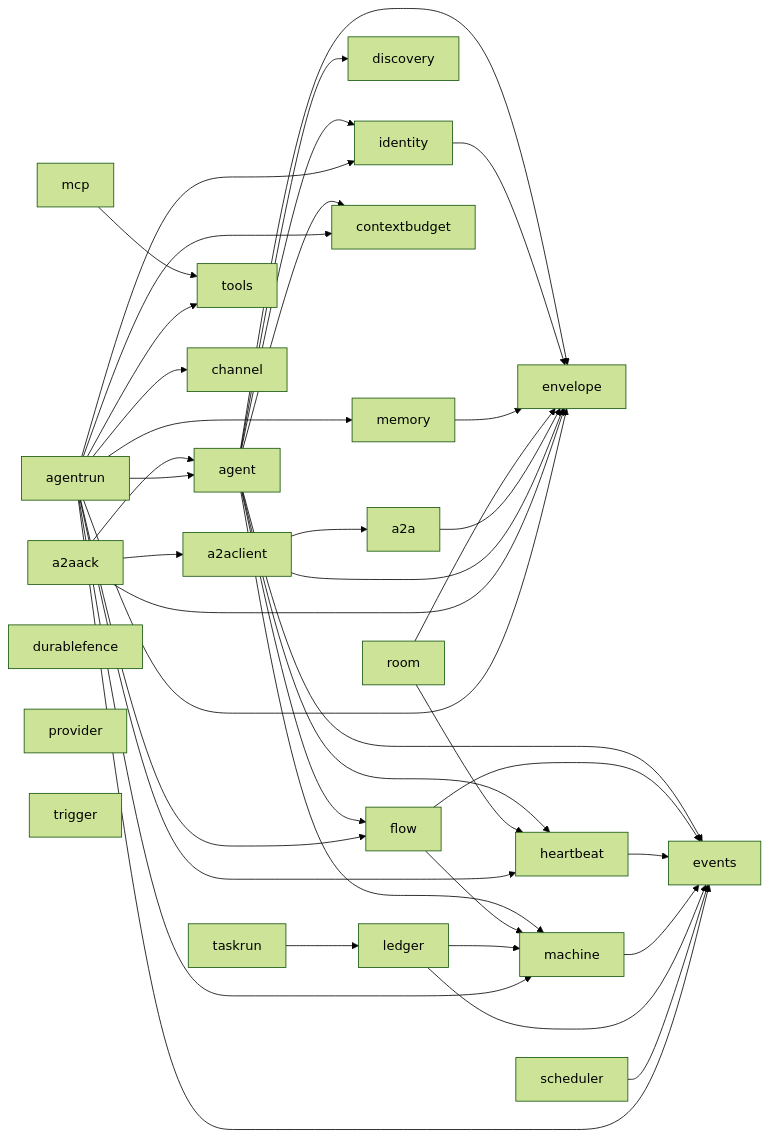
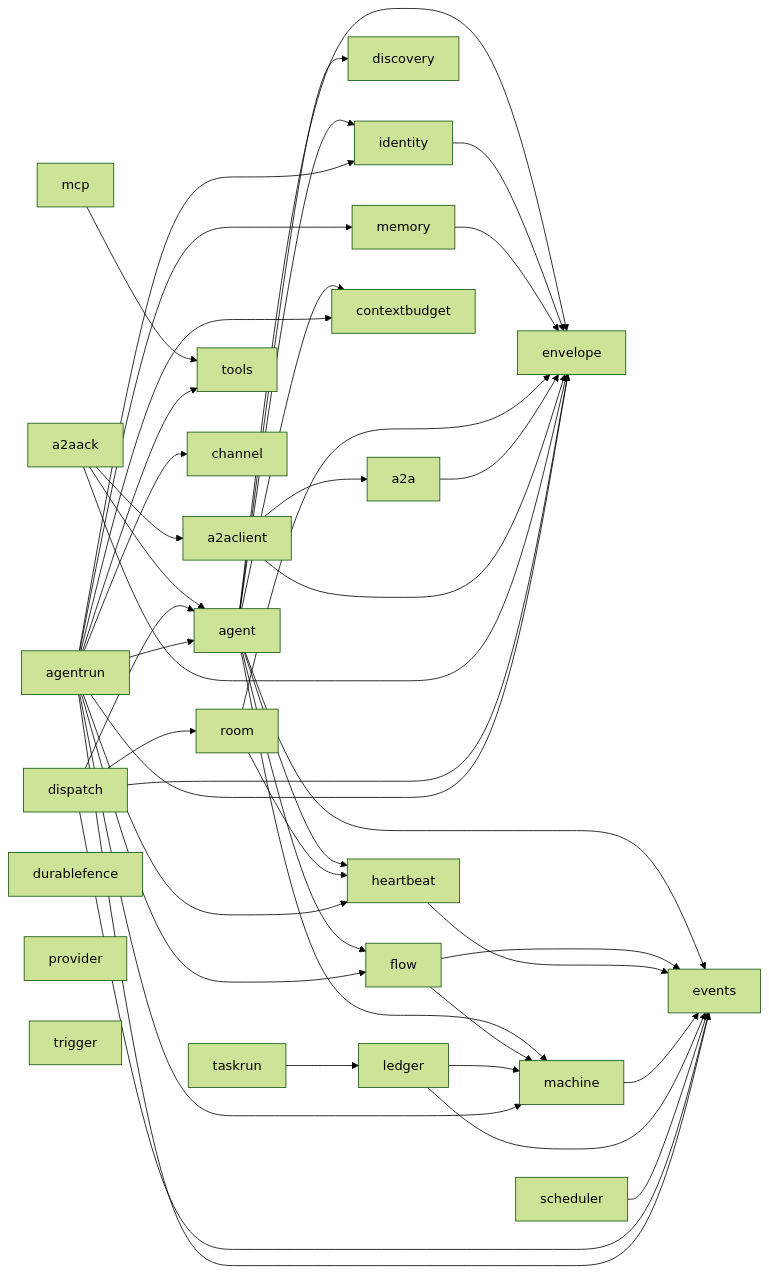
The first of 2 diagrams in docs/architecture.md (MiviaLabs/mivia-ai-sdk), drawn with Mermaid (forest theme) before and after one commit. The commit also changed other lines of this file and 21 other files, not shown here.

First line of the commit message:
feat(dispatch): add the NDJSON envelope endpoint and client

````diff
--- a/docs/architecture.md
+++ b/docs/architecture.md
@@ -27,49 +27,53 @@
 ```mermaid
 flowchart LR
     agent --> identity
     agent --> discovery
     agent --> flow
     agent --> envelope
     agent --> events
     agent --> machine
     agent --> heartbeat
     agent --> contextbudget
     flow --> events
     flow --> machine
     heartbeat --> events
     identity --> envelope
     machine --> events
     ledger --> machine
     ledger --> events
     memory --> envelope
     room --> envelope
     room --> heartbeat
     a2a --> envelope
     a2aclient --> a2a
     a2aclient --> envelope
     mcp --> tools
     scheduler --> events
     a2aack --> a2aclient
     a2aack --> agent
     a2aack --> envelope
+    dispatch --> agent
+    dispatch --> envelope
+    dispatch --> events
+    dispatch --> room
     agentrun --> agent
     agentrun --> channel
     agentrun --> contextbudget
     agentrun --> envelope
     agentrun --> events
     agentrun --> flow
     agentrun --> heartbeat
     agentrun --> identity
     agentrun --> machine
     agentrun --> memory
     agentrun --> tools
     taskrun --> ledger
     contextbudget[contextbudget]
     discovery[discovery]
     durablefence[durablefence]
     envelope[envelope]
     events[events]
     provider[provider]
     tools[tools]
     trigger[trigger]
 ```
````
